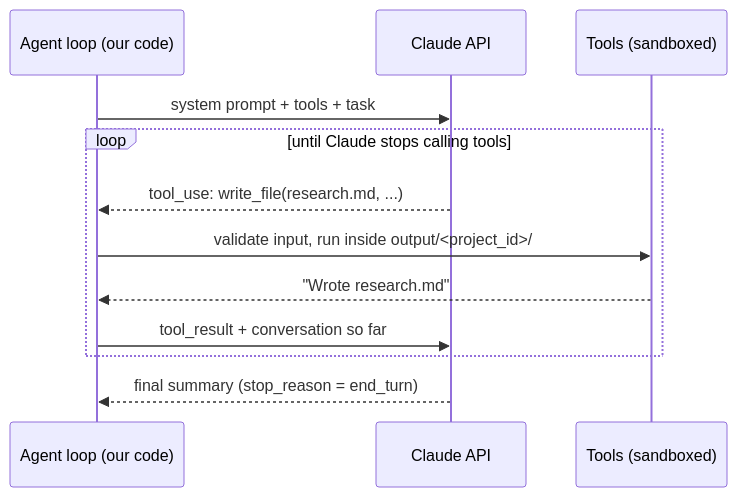
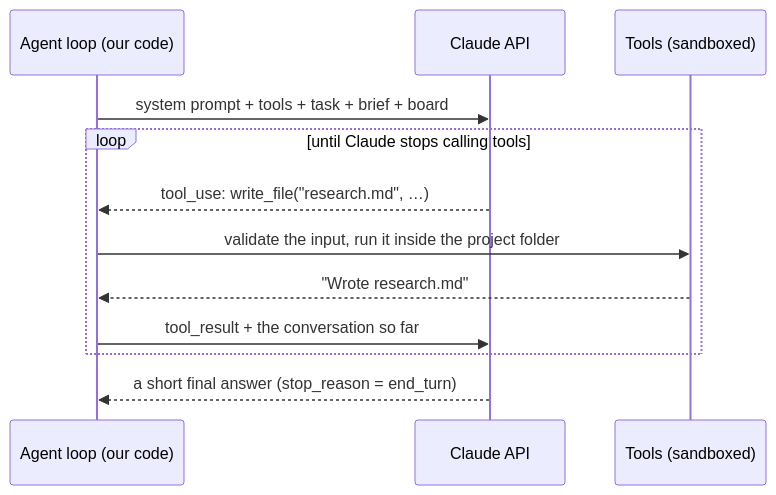
Before and after one commit to abejit-singh/bottega: the third of 3 diagrams in README.md, drawn with Mermaid. The commit also changed other lines of this file and 7 other files, not shown here.

````diff
--- a/README.md
+++ b/README.md
@@ -46,14 +85,14 @@
 ```mermaid
 sequenceDiagram
     participant A as Agent loop (our code)
     participant C as Claude API
     participant T as Tools (sandboxed)
-    A->>C: system prompt + tools + task
+    A->>C: system prompt + tools + task + brief + board
     loop until Claude stops calling tools
-        C-->>A: tool_use: write_file(research.md, ...)
-        A->>T: validate input, run inside output/<project_id>/
+        C-->>A: tool_use: write_file("research.md", …)
+        A->>T: validate the input, run it inside the project folder
         T-->>A: "Wrote research.md"
-        A->>C: tool_result + conversation so far
+        A->>C: tool_result + the conversation so far
     end
-    C-->>A: final summary (stop_reason = end_turn)
+    C-->>A: a short final answer (stop_reason = end_turn)
 ```
````
